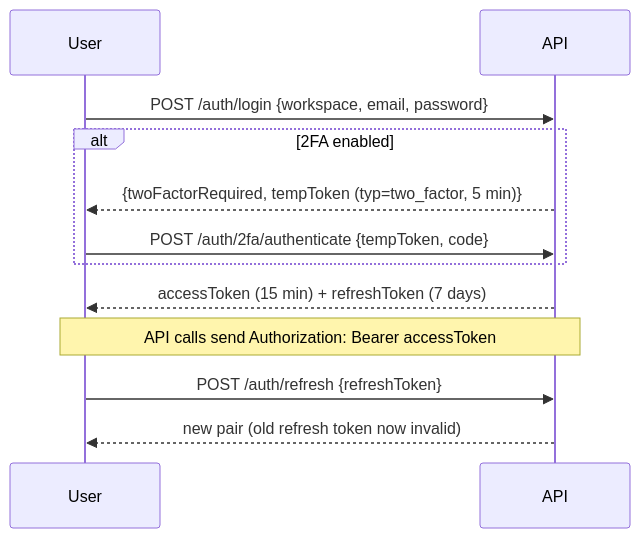
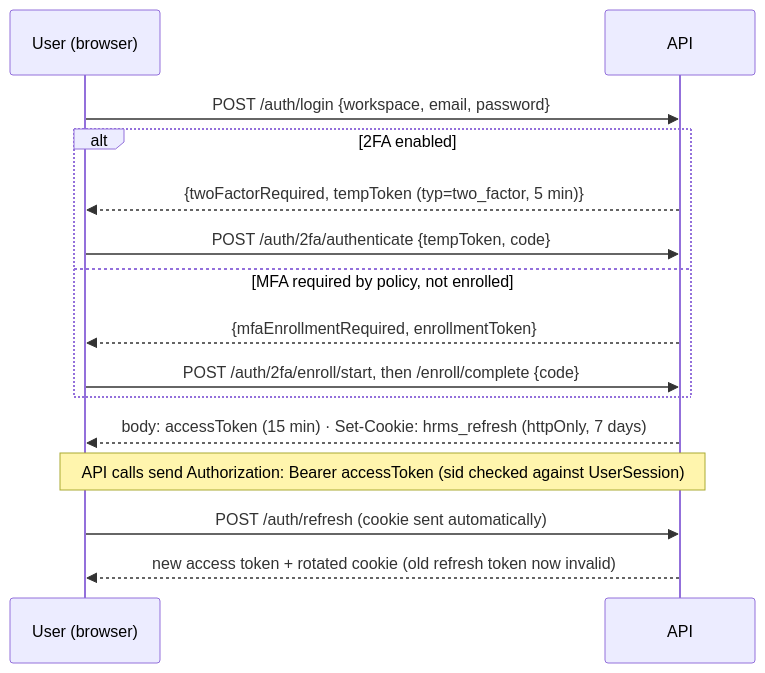
One commit to mky120799/HRMS-PORTAL changed the third of 4 diagrams in docs/ARCHITECTURE.md. Above: the diagram before and after it, drawn with Mermaid. The commit also changed other lines of this file and 158 other files, not shown here.

````diff
--- a/docs/ARCHITECTURE.md
+++ b/docs/ARCHITECTURE.md
@@ -143,14 +143,17 @@
 ```mermaid
 sequenceDiagram
-  participant U as User
+  participant U as User (browser)
   participant A as API
   U->>A: POST /auth/login {workspace, email, password}
   alt 2FA enabled
     A-->>U: {twoFactorRequired, tempToken (typ=two_factor, 5 min)}
     U->>A: POST /auth/2fa/authenticate {tempToken, code}
+  else MFA required by policy, not enrolled
+    A-->>U: {mfaEnrollmentRequired, enrollmentToken}
+    U->>A: POST /auth/2fa/enroll/start, then /enroll/complete {code}
   end
-  A-->>U: accessToken (15 min) + refreshToken (7 days)
-  Note over U,A: API calls send Authorization: Bearer accessToken
-  U->>A: POST /auth/refresh {refreshToken}
-  A-->>U: new pair (old refresh token now invalid)
+  A-->>U: body: accessToken (15 min) · Set-Cookie: hrms_refresh (httpOnly, 7 days)
+  Note over U,A: API calls send Authorization: Bearer accessToken (sid checked against UserSession)
+  U->>A: POST /auth/refresh (cookie sent automatically)
+  A-->>U: new access token + rotated cookie (old refresh token now invalid)
 ```
````
